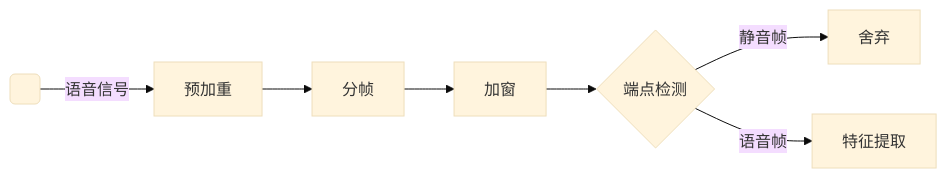
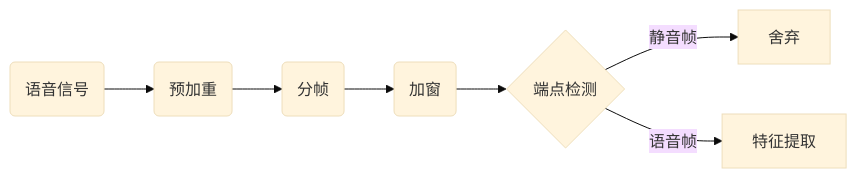
The second of 2 diagrams in README.md (xx-xx-xx/SpeakerRecognition), drawn with Mermaid (base theme) before and after one commit. The commit also changed other lines of this file and 53 other files, not shown here.

````diff
--- a/README.md
+++ b/README.md
@@ -14,5 +44,5 @@
 ```mermaid
 graph LR
-P( )--语音信号-->A[预加重]-->B[分帧]-->C[加窗]-->D{端点检测}--静音帧-->E[舍弃]
+P(语音信号)-->A(预加重)-->B(分帧)-->C(加窗)-->D{端点检测}--静音帧-->E[舍弃]
 D--语音帧-->F[特征提取]
 ```
````
